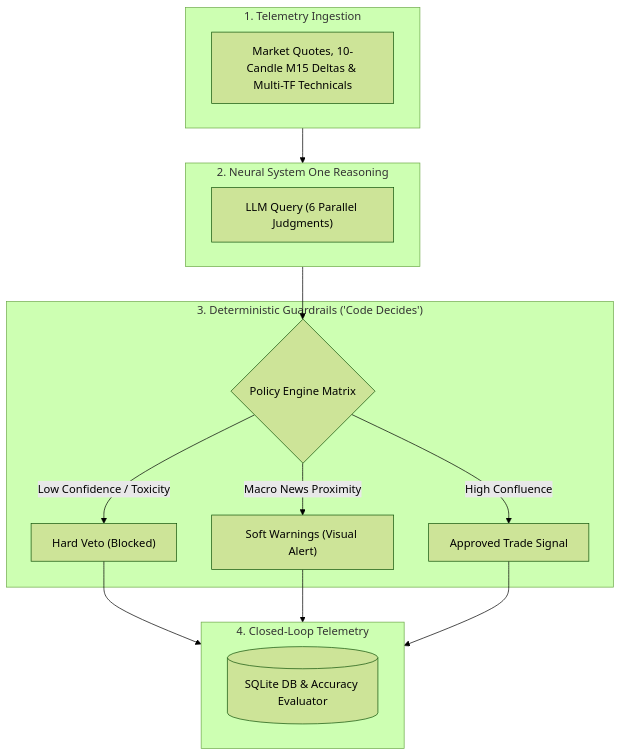
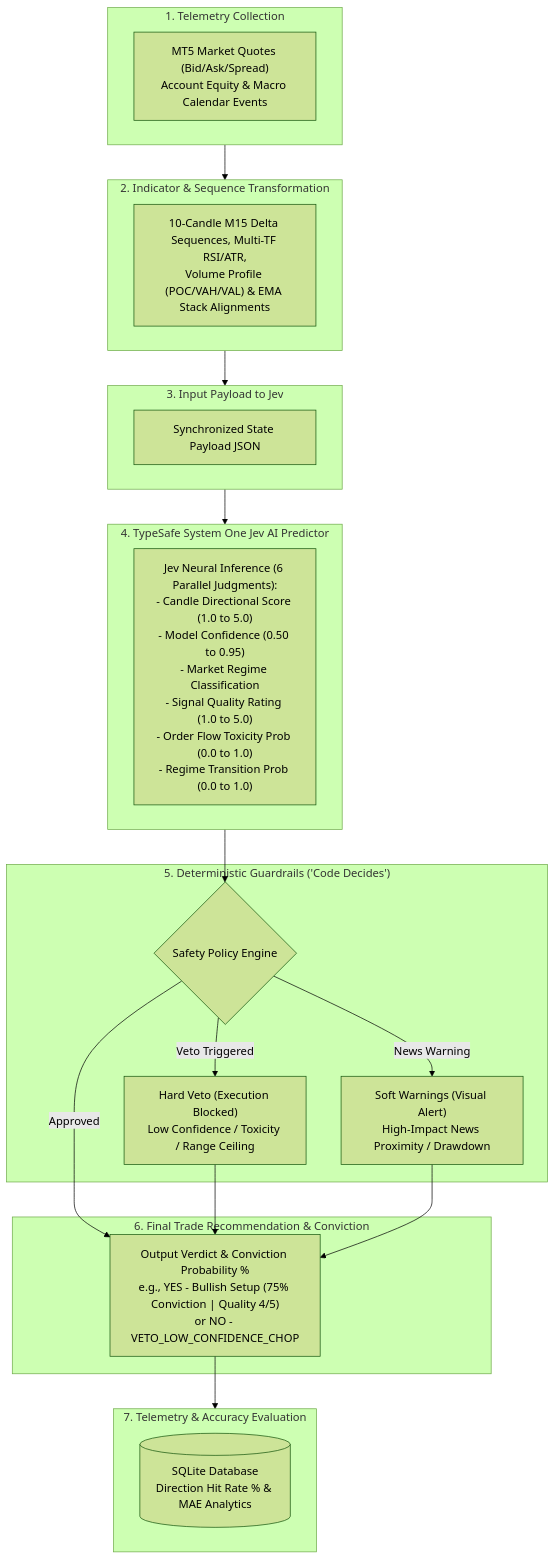
Before and after one commit to timnikolov/jev-system-one-ai-engine: the diagram in README.md, drawn with Mermaid (forest theme). The commit also changed other lines of this file and 1 other file, not shown here.

Commit message:
docs: Refine pipeline architecture to center strictly on TypeSafe System One Jev AI Predictor

````diff
--- a/README.md
+++ b/README.md
@@ -28,30 +28,43 @@
 ```mermaid
 flowchart TD
-    subgraph Layer1 ["1. Telemetry Ingestion"]
-        A["Market Quotes, 10-Candle M15 Deltas & Multi-TF Technicals"]
+    subgraph Step1 ["1. Telemetry Collection"]
+        A["MT5 Market Quotes (Bid/Ask/Spread)<br/>Account Equity & Macro Calendar Events"]
     end
 
-    subgraph Layer2 ["2. Neural System One Reasoning"]
-        B["LLM Query (6 Parallel Judgments)"]
+    subgraph Step2 ["2. Indicator & Sequence Transformation"]
+        B["10-Candle M15 Delta Sequences, Multi-TF RSI/ATR,<br/>Volume Profile (POC/VAH/VAL) & EMA Stack Alignments"]
     end
 
-    subgraph Layer3 ["3. Deterministic Guardrails ('Code Decides')"]
-        C{"Policy Engine Matrix"}
-        D["Hard Veto (Blocked)"]
-        E["Soft Warnings (Visual Alert)"]
-        F["Approved Trade Signal"]
+    subgraph Step3 ["3. Input Payload to Jev"]
+        C["Synchronized State Payload JSON"]
     end
 
-    subgraph Layer4 ["4. Closed-Loop Telemetry"]
-        G[("SQLite DB & Accuracy Evaluator")]
+    subgraph Step4 ["4. TypeSafe System One Jev AI Predictor"]
+        D["Jev Neural Inference (6 Parallel Judgments):<br/>- Candle Directional Score (1.0 to 5.0)<br/>- Model Confidence (0.50 to 0.95)<br/>- Market Regime Classification<br/>- Signal Quality Rating (1.0 to 5.0)<br/>- Order Flow Toxicity Prob (0.0 to 1.0)<br/>- Regime Transition Prob (0.0 to 1.0)"]
     end
 
-    Layer1 --> Layer2
-    Layer2 --> C
-    C -->|Low Confidence / Toxicity| D
-    C -->|Macro News Proximity| E
-    C -->|High Confluence| F
-    D --> Layer4
-    E --> Layer4
-    F --> Layer4
+    subgraph Step5 ["5. Deterministic Guardrails ('Code Decides')"]
+        E{"Safety Policy Engine"}
+        F["Hard Veto (Execution Blocked)<br/>Low Confidence / Toxicity / Range Ceiling"]
+        G["Soft Warnings (Visual Alert)<br/>High-Impact News Proximity / Drawdown"]
+    end
+
+    subgraph Step6 ["6. Final Trade Recommendation & Conviction"]
+        H["Output Verdict & Conviction Probability %<br/>e.g., YES - Bullish Setup (75% Conviction | Quality 4/5)<br/>or NO - VETO_LOW_CONFIDENCE_CHOP"]
+    end
+
+    subgraph Step7 ["7. Telemetry & Accuracy Evaluation"]
+        I[("SQLite Database<br/>Direction Hit Rate % & MAE Analytics")]
+    end
+
+    Step1 --> Step2
+    Step2 --> Step3
+    Step3 --> Step4
+    Step4 --> E
+    E -->|Veto Triggered| F
+    E -->|News Warning| G
+    E -->|Approved| H
+    F --> H
+    G --> H
+    H --> Step7
 ```
````
